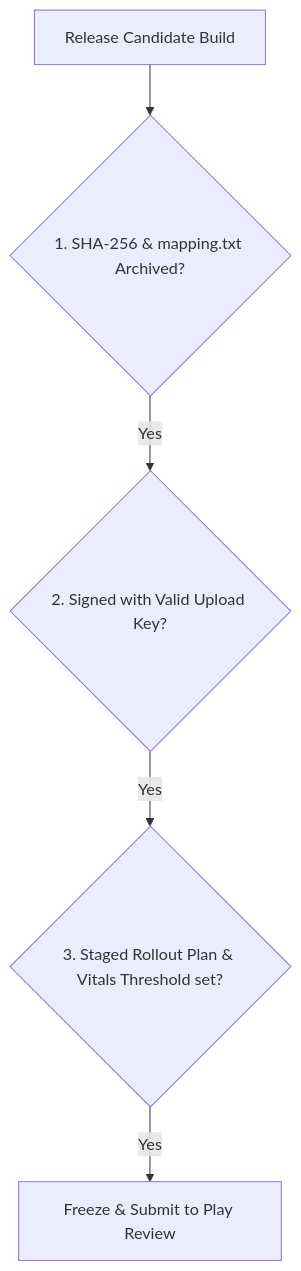
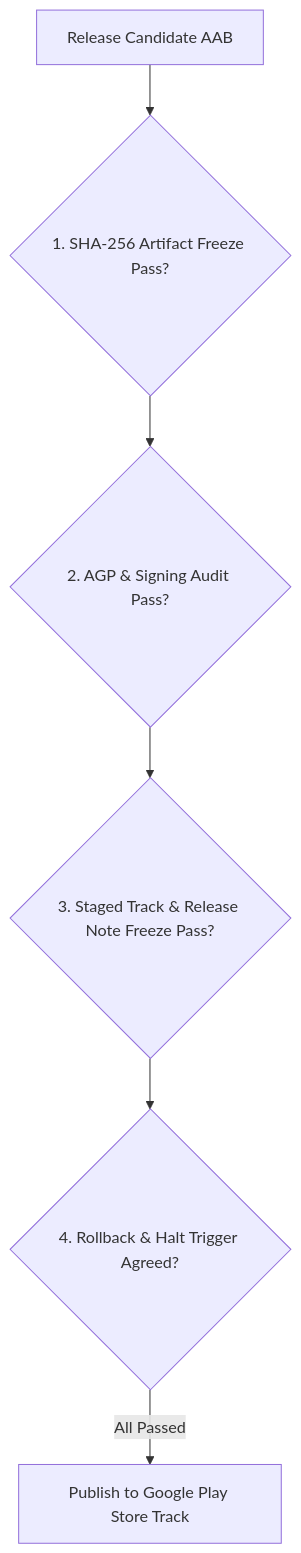
One commit to youngmin-gwon/what-i-studied changed the diagram in 01_inbox/mobile/android/03_packaging_deployment/distribution/release-distribution-contracts/play-release-checklist-freezes-artifact-signing-track-and-rollback-conditions.md. Above: the diagram before and after it, drawn with Mermaid. The commit also changed other lines of this file and 134 other files, not shown here.

````diff
--- a/01_inbox/mobile/android/03_packaging_deployment/distribution/release-distribution-contracts/play-release-checklist-freezes-artifact-signing-track-and-rollback-conditions.md
+++ b/01_inbox/mobile/android/03_packaging_deployment/distribution/release-distribution-contracts/play-release-checklist-freezes-artifact-signing-track-and-rollback-conditions.md
@@ -21,7 +26,8 @@
 ```mermaid
 flowchart TD
-    PreRelease["Release Candidate Build"] --> Gate1{"1. SHA-256 & mapping.txt Archived?"}
-    Gate1 -->|Yes| Gate2{"2. Signed with Valid Upload Key?"}
-    Gate2 -->|Yes| Gate3{"3. Staged Rollout Plan & Vitals Threshold set?"}
-    Gate3 -->|Yes| Freeze["Freeze & Submit to Play Review"]
+    ReleaseCandidate["Release Candidate AAB"] --> Freeze1{"1. SHA-256 Artifact Freeze Pass?"}
+    Freeze1 --> Freeze2{"2. AGP & Signing Audit Pass?"}
+    Freeze2 --> Freeze3{"3. Staged Track & Release Note Freeze Pass?"}
+    Freeze3 --> Freeze4{"4. Rollback & Halt Trigger Agreed?"}
+    Freeze4 -->|All Passed| DeployPlay["Publish to Google Play Store Track"]
 ```
````
